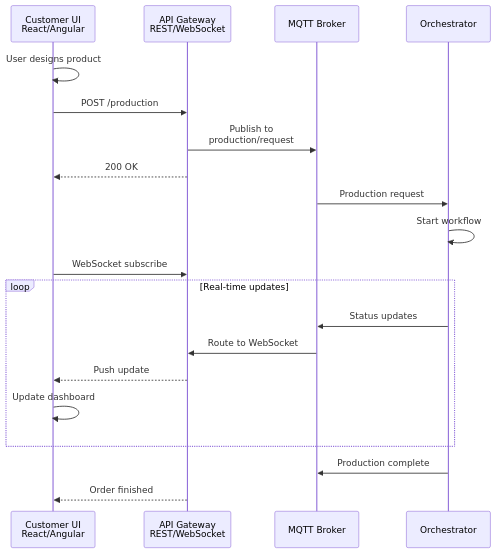
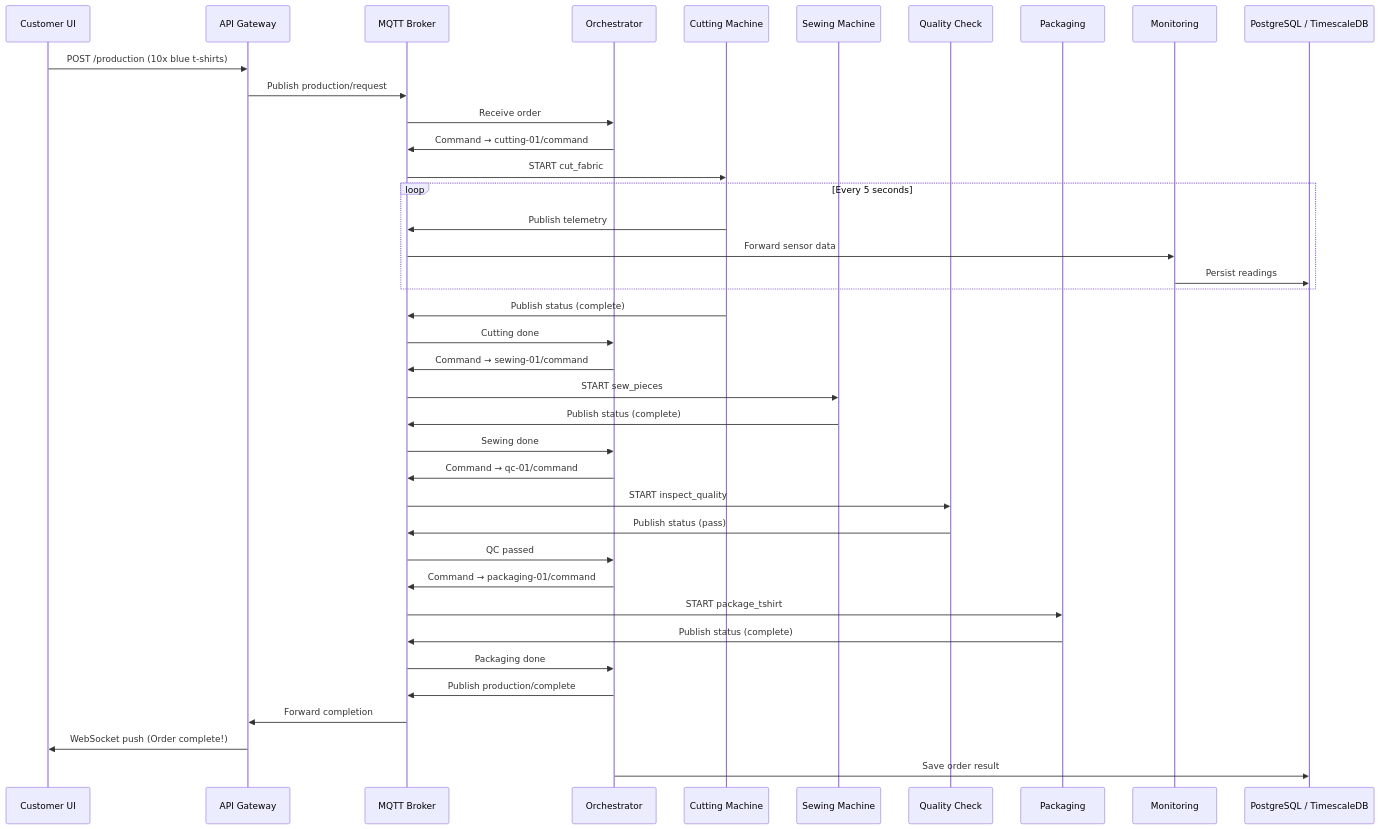
Before and after one commit to iottechorg/tshirt-factory: the third of 3 diagrams in docs/MEDIUM_ARTICLE.md, drawn with Mermaid. The commit also changed other lines of this file and 14 other files, not shown here.

````diff
--- a/docs/MEDIUM_ARTICLE.md
+++ b/docs/MEDIUM_ARTICLE.md
@@ -907,25 +245,44 @@
 ```mermaid
 sequenceDiagram
-    participant UI as Customer UI<br/>React/Angular
-    participant API as API Gateway<br/>REST/WebSocket
+    participant UI as Customer UI
+    participant API as API Gateway
     participant MQTT as MQTT Broker
     participant Orch as Orchestrator
-    
-    UI->>UI: User designs product
-    UI->>API: POST /production
-    API->>MQTT: Publish to<br/>production/request
-    API-->>UI: 200 OK
-    MQTT->>Orch: Production request
-    Orch->>Orch: Start workflow
-    
-    UI->>API: WebSocket subscribe
-    loop Real-time updates
-        Orch->>MQTT: Status updates
-        MQTT->>API: Route to WebSocket
-        API-->>UI: Push update
-        UI->>UI: Update dashboard
+    participant Cut as Cutting Machine
+    participant Sew as Sewing Machine
+    participant QC as Quality Check
+    participant Pack as Packaging
+    participant Mon as Monitoring
+    participant DB as PostgreSQL / TimescaleDB
+
+    UI->>API: POST /production (10x blue t-shirts)
+    API->>MQTT: Publish production/request
+    MQTT->>Orch: Receive order
+    Orch->>MQTT: Command → cutting-01/command
+    MQTT->>Cut: START cut_fabric
+
+    loop Every 5 seconds
+        Cut->>MQTT: Publish telemetry
+        MQTT->>Mon: Forward sensor data
+        Mon->>DB: Persist readings
     end
-    
-    Orch->>MQTT: Production complete
-    API-->>UI: Order finished
+
+    Cut->>MQTT: Publish status (complete)
+    MQTT->>Orch: Cutting done
+    Orch->>MQTT: Command → sewing-01/command
+    MQTT->>Sew: START sew_pieces
+    Sew->>MQTT: Publish status (complete)
+    MQTT->>Orch: Sewing done
+    Orch->>MQTT: Command → qc-01/command
+    MQTT->>QC: START inspect_quality
+    QC->>MQTT: Publish status (pass)
+    MQTT->>Orch: QC passed
+    Orch->>MQTT: Command → packaging-01/command
+    MQTT->>Pack: START package_tshirt
+    Pack->>MQTT: Publish status (complete)
+    MQTT->>Orch: Packaging done
+    Orch->>MQTT: Publish production/complete
+    MQTT->>API: Forward completion
+    API->>UI: WebSocket push (Order complete!)
+    Orch->>DB: Save order result
 ```
````
